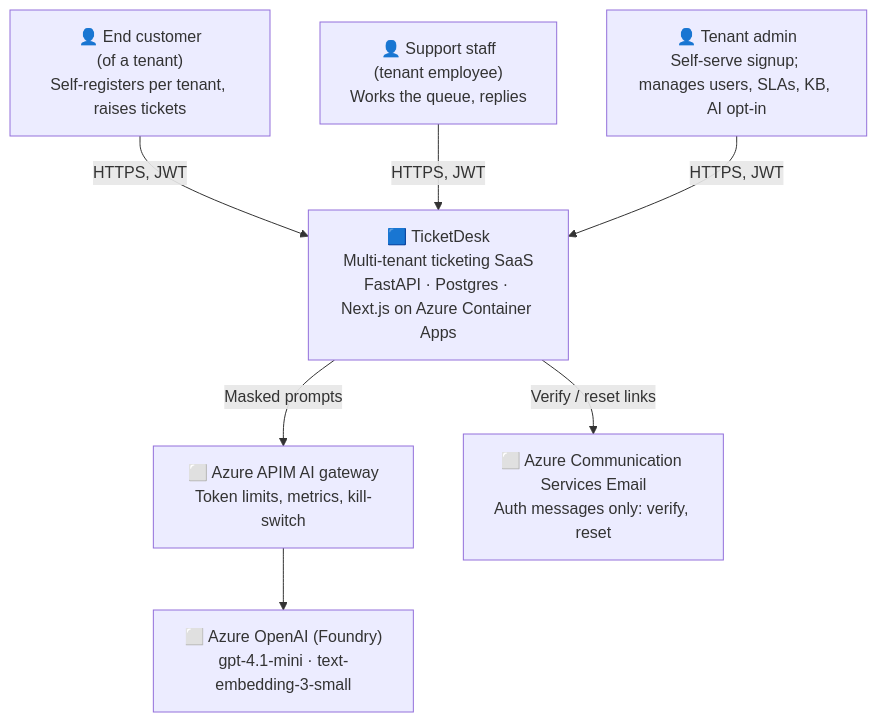
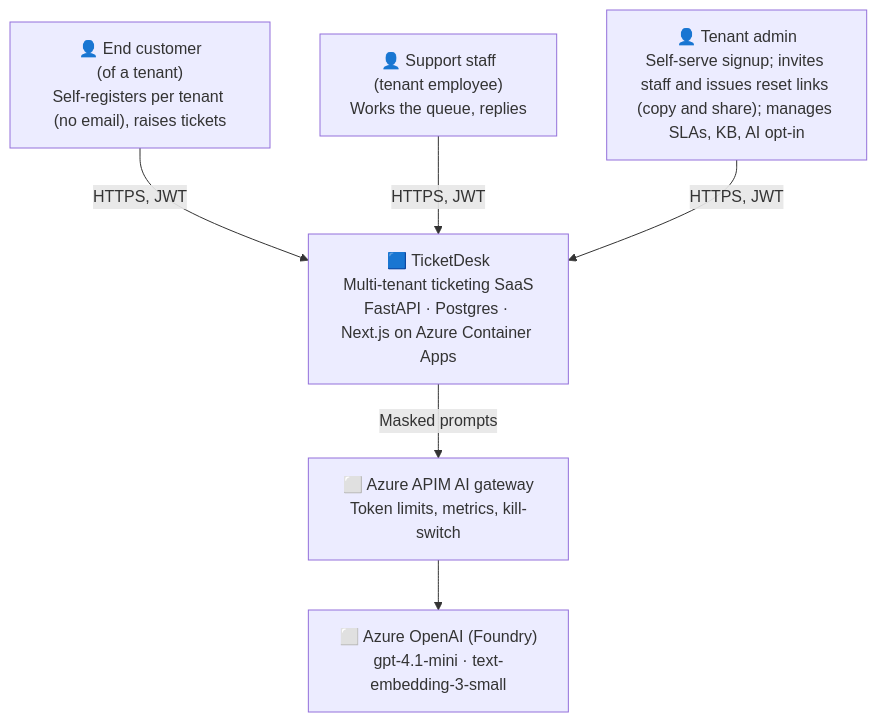
One commit to DeccansoftAITeam/sdlc-with-agents changed the diagram in docs/architecture/c4-context.md. Above: the diagram before and after it, drawn with Mermaid. The commit also changed other lines of this file and 11 other files, not shown here.

First line of the commit message:
docs: requirements change - no email, no third-party services except the AI gateway (#4)

````diff
--- a/docs/architecture/c4-context.md
+++ b/docs/architecture/c4-context.md
@@ -3,18 +3,16 @@
 ```mermaid
 flowchart TB
-  cust["👤 End customer<br/>(of a tenant)<br/>Self-registers per tenant, raises tickets"]
+  cust["👤 End customer<br/>(of a tenant)<br/>Self-registers per tenant (no email), raises tickets"]
   staff["👤 Support staff<br/>(tenant employee)<br/>Works the queue, replies"]
-  admin["👤 Tenant admin<br/>Self-serve signup; manages users, SLAs, KB, AI opt-in"]
+  admin["👤 Tenant admin<br/>Self-serve signup; invites staff and issues reset links (copy and share); manages SLAs, KB, AI opt-in"]
 
   td["🟦 TicketDesk<br/>Multi-tenant ticketing SaaS<br/>FastAPI · Postgres · Next.js on Azure Container Apps"]
 
   gw["⬜ Azure APIM AI gateway<br/>Token limits, metrics, kill-switch"]
   aoai["⬜ Azure OpenAI (Foundry)<br/>gpt-4.1-mini · text-embedding-3-small"]
-  mail["⬜ Azure Communication Services Email<br/>Auth messages only: verify, reset"]
 
   cust -->|HTTPS, JWT| td
   staff -->|HTTPS, JWT| td
   admin -->|HTTPS, JWT| td
   td -->|Masked prompts| gw --> aoai
-  td -->|Verify / reset links| mail
 ```
````
